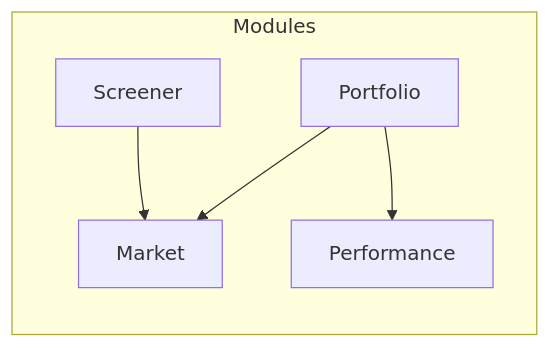
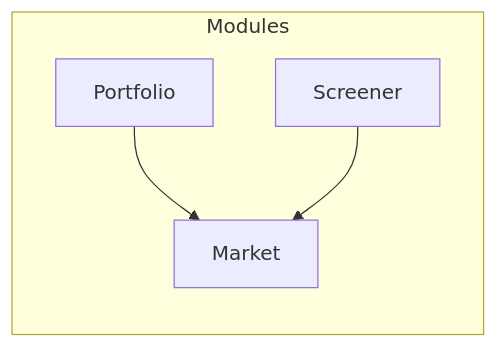
Before and after one commit to ryota197/ai-trade-pj: the ninth of 9 diagrams in docs/poc/service-architecture.md, drawn with Mermaid. The commit also changed other lines of this file and 44 other files, not shown here.

````diff
--- a/docs/poc/service-architecture.md
+++ b/docs/poc/service-architecture.md
@@ -309,13 +409,11 @@
 ```mermaid
 graph LR
     Portfolio[Portfolio] --> Market[Market]
-    Portfolio --> Performance[Performance]
     Screener[Screener] --> Market
 
     subgraph Modules
         Market
         Screener
         Portfolio
-        Performance
     end
 ```
````
